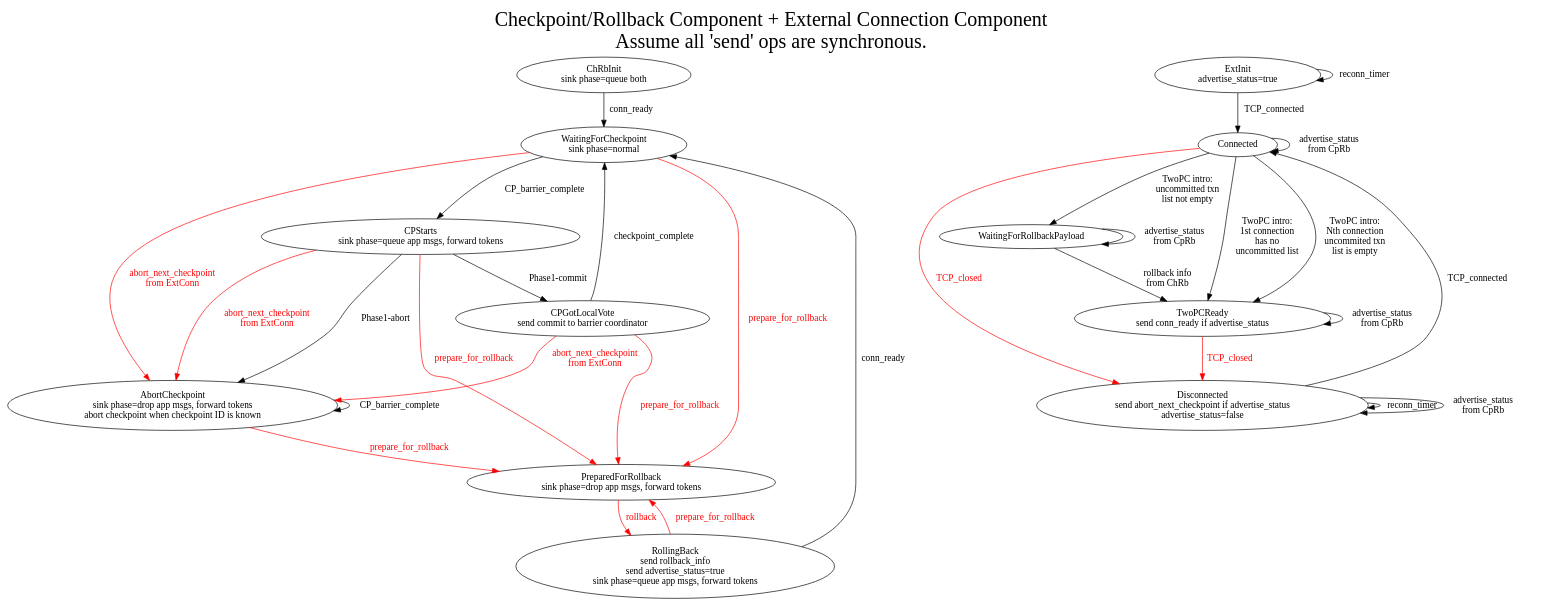
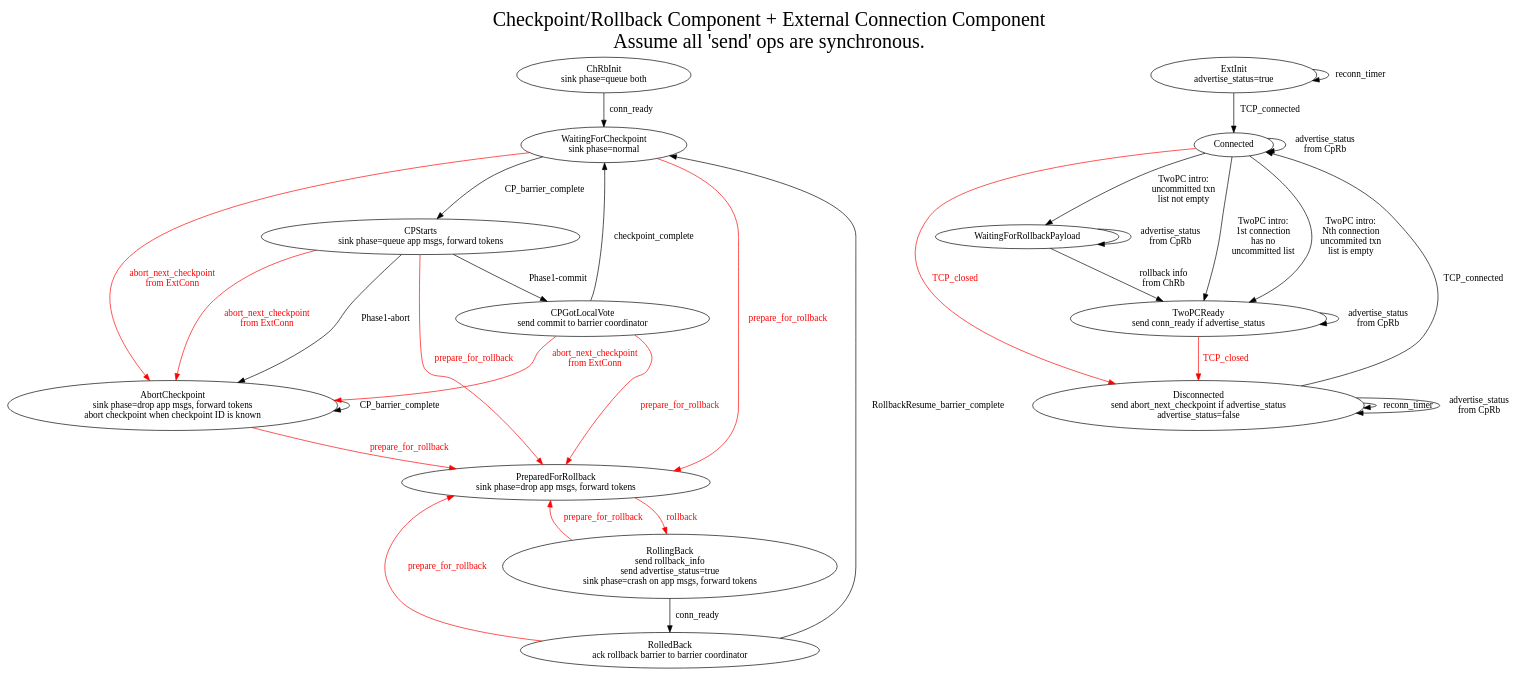
One commit to WallarooLabs/wally changed the diagram in lib/wallaroo/core/sink/connector_sink/mashup.dot. Above: the diagram before and after it, drawn with Graphviz.

Commit message:
WIP: diagram fixes

```diff
--- a/lib/wallaroo/core/sink/connector_sink/mashup.dot
+++ b/lib/wallaroo/core/sink/connector_sink/mashup.dot
@@ -1,76 +1,80 @@
 digraph mashup {
     graph [label="Checkpoint/Rollback Component + External Connection Component\nAssume all 'send' ops are synchronous.",labelloc=t,fontsize=30];
     subgraph AA {
 	graph [label="SUB Checkpoint/Rollback Component",labelloc=t,fontsize=20];
 
 	// Subgraphs
 	subgraph init {
 		ChRbInit [label="ChRbInit\nsink phase=queue both"];
 	}
 	subgraph cp {
 		WaitingForCheckpoint [label="WaitingForCheckpoint\nsink phase=normal"];
 		AbortCheckpoint [label="AbortCheckpoint\nsink phase=drop app msgs, forward tokens\nabort checkpoint when checkpoint ID is known"];
 	}
 	subgraph sacp {
 		CPStarts [label="CPStarts\nsink phase=queue app msgs, forward tokens"];
 		CPGotLocalVote [label="CPGotLocalVote\nsend commit to barrier coordinator"];
 		// CPGotGlobalVote; // Can we remove this node?
 
 		CPStarts -> CPGotLocalVote [label="Phase1-commit"];
 		CPStarts -> AbortCheckpoint [label="Phase1-abort"];
 		CPGotLocalVote -> WaitingForCheckpoint [label=checkpoint_complete];
 		// CPGotLocalVote -> CPGotGlobalVote [label=checkpoint_complete];
 		// CPGotGlobalVote -> WaitingForCheckpoint [label=what_happens_here]; // Can we remove this node?
 	}
 	subgraph rollback {
 		PreparedForRollback [label="PreparedForRollback\nsink phase=drop app msgs, forward tokens"];
-		RollingBack [label="RollingBack\nsend rollback_info\nsend advertise_status=true\nsink phase=queue app msgs, forward tokens"];
+		RollingBack [label="RollingBack\nsend rollback_info\nsend advertise_status=true\nsink phase=crash on app msgs, forward tokens"];
+		RolledBack [label="RolledBack\nack rollback barrier to barrier coordinator"];
 
 		PreparedForRollback -> RollingBack [label=rollback,fontcolor=red,color=red];
 	}
 
 	// Other Edges
 	ChRbInit -> WaitingForCheckpoint [label=conn_ready];
 
 	WaitingForCheckpoint -> CPStarts [label=CP_barrier_complete];
 	AbortCheckpoint -> AbortCheckpoint [label=CP_barrier_complete];
 
 	WaitingForCheckpoint -> PreparedForRollback [label=prepare_for_rollback,fontcolor=red,color=red];
 	AbortCheckpoint -> PreparedForRollback [label=prepare_for_rollback,fontcolor=red,color=red];
 	CPStarts -> PreparedForRollback [label=prepare_for_rollback,fontcolor=red,color=red];
 	CPGotLocalVote -> PreparedForRollback [label=prepare_for_rollback,fontcolor=red,color=red];
 
 	WaitingForCheckpoint -> AbortCheckpoint [label="abort_next_checkpoint\nfrom ExtConn",fontcolor=red,color=red];
 	CPStarts -> AbortCheckpoint [label="abort_next_checkpoint\nfrom ExtConn",fontcolor=red,color=red];
 	CPGotLocalVote -> AbortCheckpoint [label="abort_next_checkpoint\nfrom ExtConn",fontcolor=red,color=red];
 
-	RollingBack -> WaitingForCheckpoint [label=conn_ready];
+	RollingBack -> RolledBack [label=conn_ready];
 	RollingBack -> PreparedForRollback [label=prepare_for_rollback,fontcolor=red,color=red];
+
+	RolledBack -> WaitingForCheckpoint [label="RollbackResume_barrier_complete"];
+	RolledBack -> PreparedForRollback [label="prepare_for_rollback",fontcolor=red,color=red];
      }
 
 	subgraph external {
             graph [label="External Connection Component",labelloc=t,fontsize=30];
 
         ExtInit [label="ExtInit\nadvertise_status=true"];
 	    ExtInit -> ExtInit [label=reconn_timer];
 	    ExtInit -> Connected [label=TCP_connected];
 	    Connected -> Disconnected [label=TCP_closed,fontcolor=red,color=red];
 	    Connected -> Connected [label="advertise_status\nfrom CpRb"];
 	    Disconnected [label="Disconnected\nsend abort_next_checkpoint if advertise_status\nadvertise_status=false"];
 	    Disconnected -> Connected [label=TCP_connected];
 	    Disconnected -> Disconnected [label=reconn_timer];
 	    Disconnected -> Disconnected [label="advertise_status\nfrom CpRb"];
 	    Connected -> WaitingForRollbackPayload [label="TwoPC intro:\nuncommitted txn\nlist not empty"];
 	    Connected -> TwoPCReady [label="TwoPC intro:\n1st connection\nhas no\nuncommitted list"];
 	    Connected -> TwoPCReady [label="TwoPC intro:\nNth connection\nuncommited txn\nlist is empty"];
 	    WaitingForRollbackPayload -> TwoPCReady [label="rollback info\nfrom ChRb"];
 	    WaitingForRollbackPayload -> WaitingForRollbackPayload [label="advertise_status\nfrom CpRb"];
 
 	    TwoPCReady [label="TwoPCReady\nsend conn_ready if advertise_status"]
 	    TwoPCReady -> Disconnected [label=TCP_closed,fontcolor=red,color=red];
 	    TwoPCReady -> TwoPCReady [label="advertise_status\nfrom CpRb"]
         }
     ## Not supported by dot, booooo: Connected -> AA [label=abort_next_checkpoint,style=dashed,fontcolor=red,color=red];
     {rank=same; ChRbInit; ExtInit; };
     ## {rank=same; Disconnected; RollingBack; ; };
 }
```
